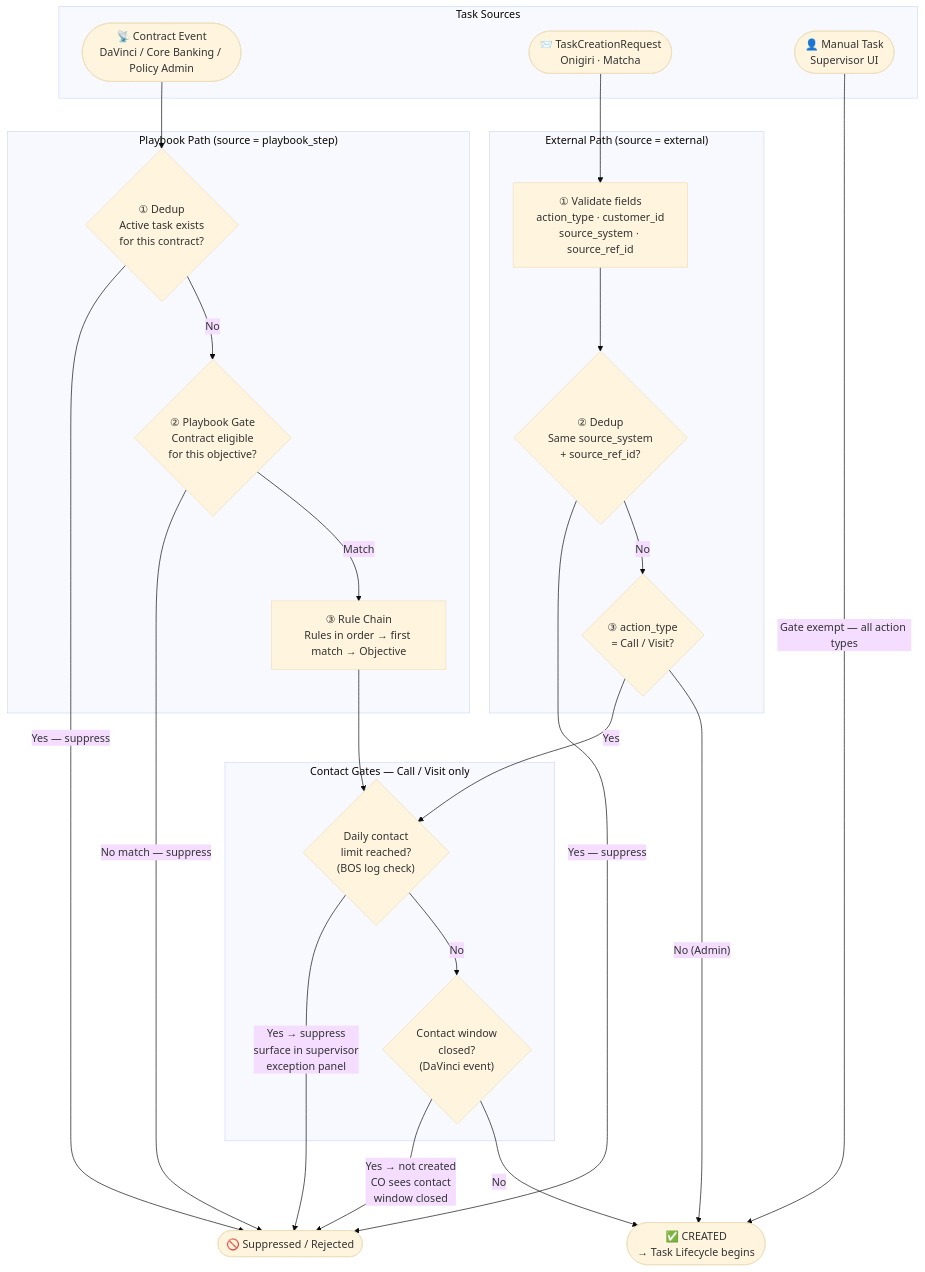
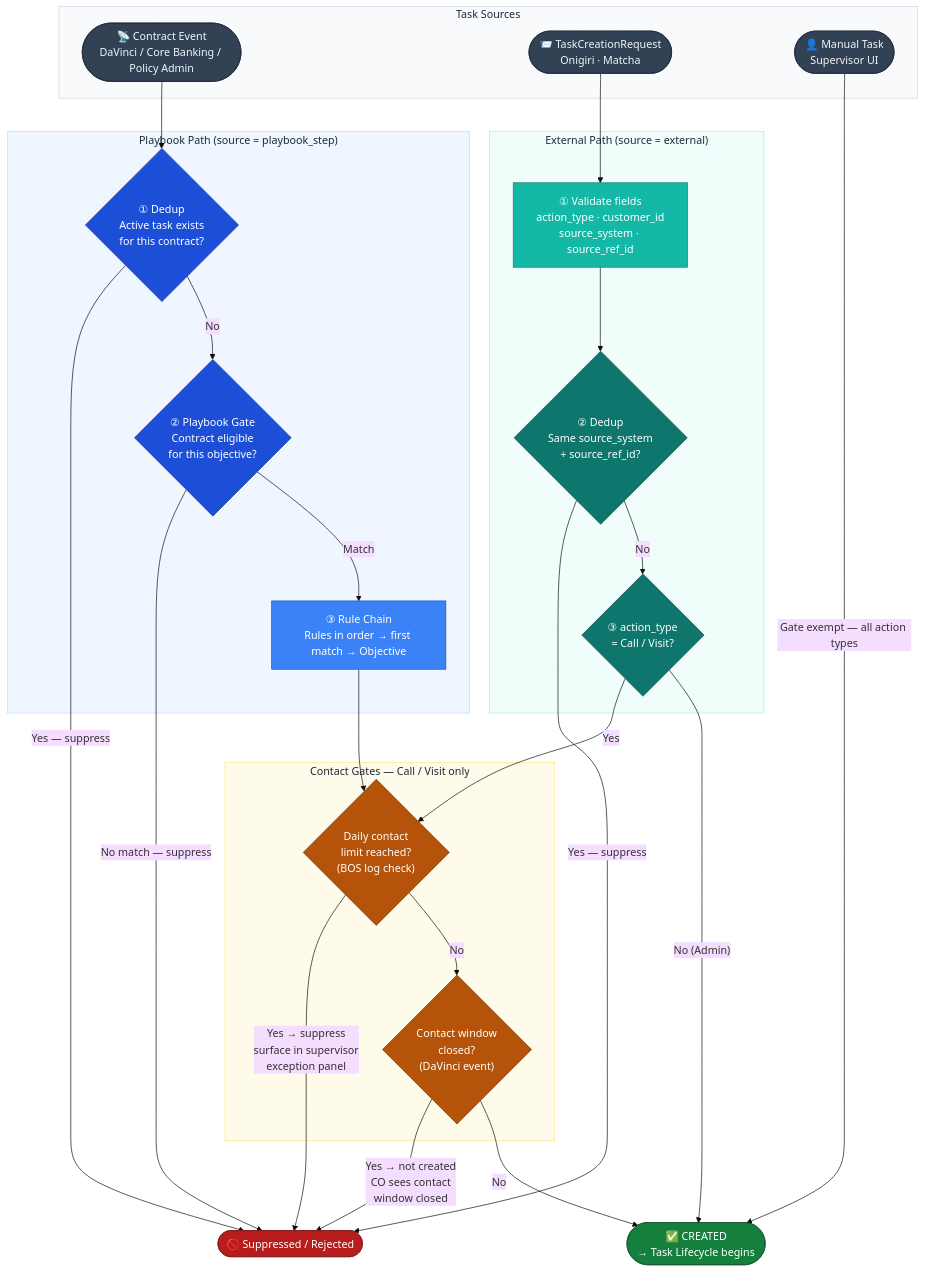
The first of 3 diagrams in product/operations/sensei/PRODUCT.md (ploypapasaph-commits/to_do_list), drawn with Mermaid (base theme) before and after one commit.

Commit message:
style(sensei): add professional color scheme to task generation pipeline

````diff
--- a/product/operations/sensei/PRODUCT.md
+++ b/product/operations/sensei/PRODUCT.md
@@ -75,47 +75,70 @@
 ```mermaid
 flowchart TD
+    classDef sourceNode fill:#334155,stroke:#1e293b,color:#f1f5f9
+    classDef playbookDecision fill:#1d4ed8,stroke:#1e3a8a,color:#fff
+    classDef playbookProcess fill:#3b82f6,stroke:#1d4ed8,color:#fff
+    classDef extDecision fill:#0f766e,stroke:#134e4a,color:#fff
+    classDef extProcess fill:#14b8a6,stroke:#0f766e,color:#fff
+    classDef gateNode fill:#b45309,stroke:#78350f,color:#fff
+    classDef successNode fill:#15803d,stroke:#14532d,color:#fff
+    classDef rejectNode fill:#b91c1c,stroke:#7f1d1d,color:#fff
+
     subgraph SOURCES["Task Sources"]
         EV(["📡 Contract Event\nDaVinci / Core Banking / Policy Admin"])
         EXT(["📨 TaskCreationRequest\nOnigiri · Matcha"])
         MAN(["👤 Manual Task\nSupervisor UI"])
     end
 
     subgraph PLAYBOOK_PATH["Playbook Path (source = playbook_step)"]
         PP1{"① Dedup\nActive task exists\nfor this contract?"}
         PP2a{"② Playbook Gate\nContract eligible\nfor this objective?"}
         PP2b["③ Rule Chain\nRules in order → first match → Objective"]
     end
 
     subgraph EXT_PATH["External Path (source = external)"]
         EP1["① Validate fields\naction_type · customer_id\nsource_system · source_ref_id"]
         EP2{"② Dedup\nSame source_system\n+ source_ref_id?"}
         EP3{"③ action_type\n= Call / Visit?"}
     end
 
     subgraph GATE["Contact Gates — Call / Visit only"]
         G1{"Daily contact\nlimit reached?\n(BOS log check)"}
         G2{"Contact window\nclosed?\n(DaVinci event)"}
     end
 
     TASK(["✅ CREATED\n→ Task Lifecycle begins"])
     SUP(["🚫 Suppressed / Rejected"])
 
     EV --> PP1
     PP1 -->|"Yes — suppress"| SUP
     PP1 -->|"No"| PP2a
     PP2a -->|"No match — suppress"| SUP
     PP2a -->|"Match"| PP2b --> G1
 
     EXT --> EP1 --> EP2
     EP2 -->|"Yes — suppress"| SUP
     EP2 -->|"No"| EP3
     EP3 -->|"Yes"| G1
     EP3 -->|"No (Admin)"| TASK
 
     MAN -->|"Gate exempt — all action types"| TASK
 
     G1 -->|"Yes → suppress\nsurface in supervisor\nexception panel"| SUP
     G1 -->|"No"| G2
     G2 -->|"Yes → not created\nCO sees contact\nwindow closed"| SUP
     G2 -->|"No"| TASK
+
+    class EV,EXT,MAN sourceNode
+    class PP1,PP2a playbookDecision
+    class PP2b playbookProcess
+    class EP2,EP3 extDecision
+    class EP1 extProcess
+    class G1,G2 gateNode
+    class TASK successNode
+    class SUP rejectNode
+
+    style SOURCES fill:#f8fafc,stroke:#cbd5e1,color:#1e293b
+    style PLAYBOOK_PATH fill:#eff6ff,stroke:#bfdbfe,color:#1e293b
+    style EXT_PATH fill:#f0fdfa,stroke:#99f6e4,color:#1e293b
+    style GATE fill:#fffbeb,stroke:#fde68a,color:#1e293b
 ```
````
